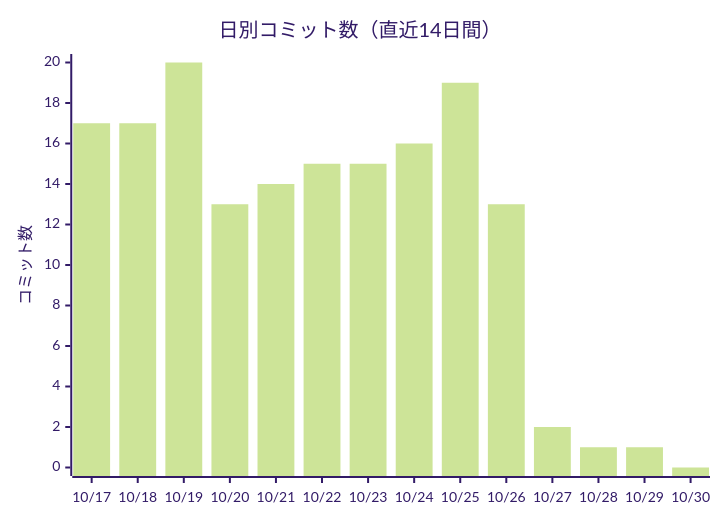
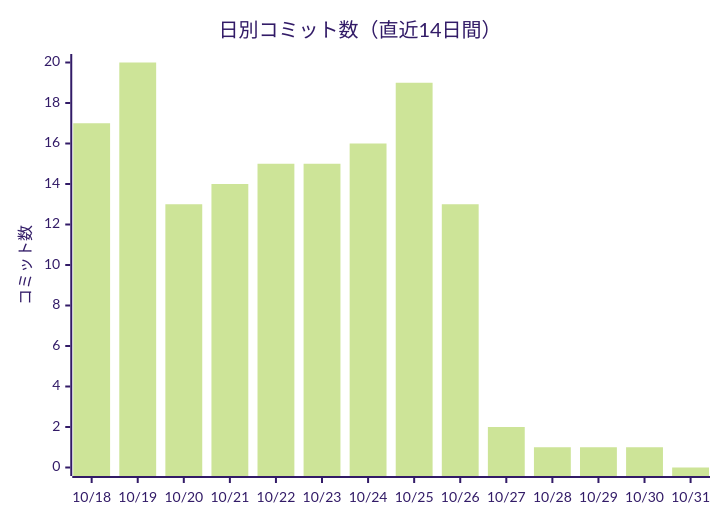
The first of 2 diagrams in docs/進化レポート.md (non-x2/non-x2), drawn with Mermaid (forest theme) before and after one commit. The commit also changed other lines of this file and 3 other files, not shown here.

````diff
--- a/docs/進化レポート.md
+++ b/docs/進化レポート.md
@@ -23,7 +23,7 @@
 ```mermaid
 xychart-beta
     title "日別コミット数（直近14日間）"
-    x-axis ["10/17", "10/18", "10/19", "10/20", "10/21", "10/22", "10/23", "10/24", "10/25", "10/26", "10/27", "10/28", "10/29", "10/30"]
+    x-axis ["10/18", "10/19", "10/20", "10/21", "10/22", "10/23", "10/24", "10/25", "10/26", "10/27", "10/28", "10/29", "10/30", "10/31"]
     y-axis "コミット数"
-    bar [17, 17, 20, 13, 14, 15, 15, 16, 19, 13, 2, 1, 1, 0]
+    bar [17, 20, 13, 14, 15, 15, 16, 19, 13, 2, 1, 1, 1, 0]
 ```
````
